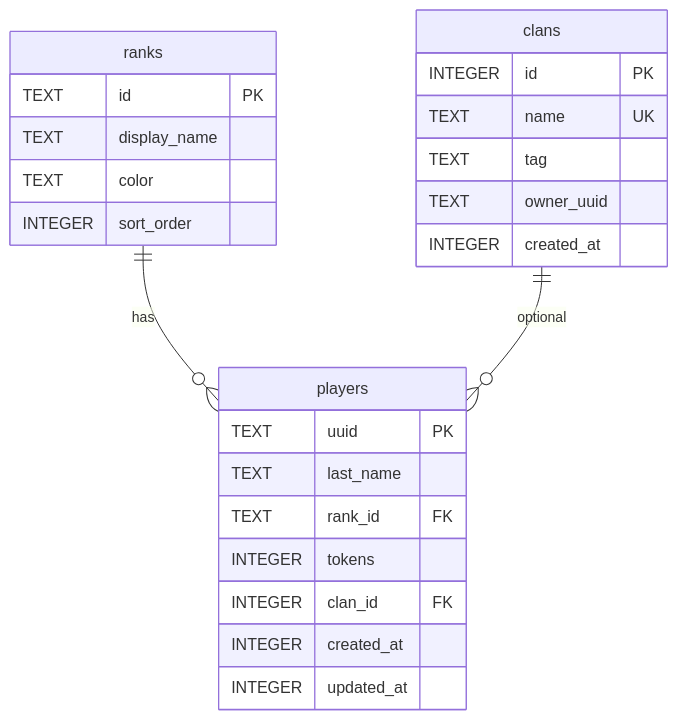
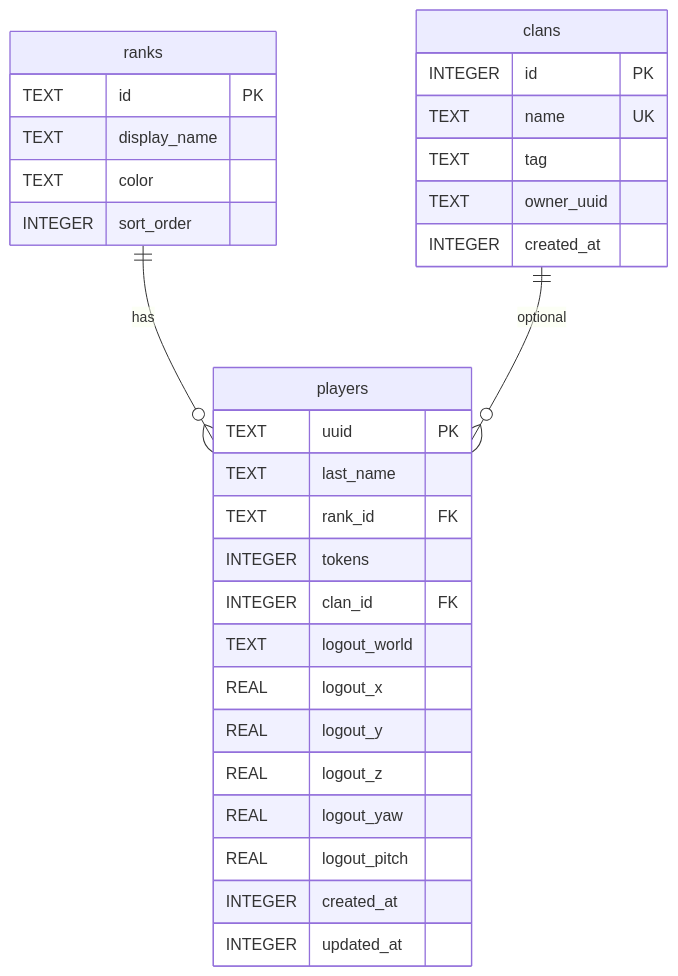
The diagram in server-plugin/docs/DB_SCHEMA.md (sashaPshonko/server), drawn with Mermaid before and after one commit. The commit also changed other lines of this file and 6 other files, not shown here.

````diff
--- a/server-plugin/docs/DB_SCHEMA.md
+++ b/server-plugin/docs/DB_SCHEMA.md
@@ -7,30 +7,36 @@
 ```mermaid
 erDiagram
     ranks ||--o{ players : has
     clans ||--o{ players : optional
 
     ranks {
         TEXT id PK
         TEXT display_name
         TEXT color
         INTEGER sort_order
     }
 
     clans {
         INTEGER id PK
         TEXT name UK
         TEXT tag
         TEXT owner_uuid
         INTEGER created_at
     }
 
     players {
         TEXT uuid PK
         TEXT last_name
         TEXT rank_id FK
         INTEGER tokens
         INTEGER clan_id FK
+        TEXT logout_world
+        REAL logout_x
+        REAL logout_y
+        REAL logout_z
+        REAL logout_yaw
+        REAL logout_pitch
         INTEGER created_at
         INTEGER updated_at
     }
 ```
````
